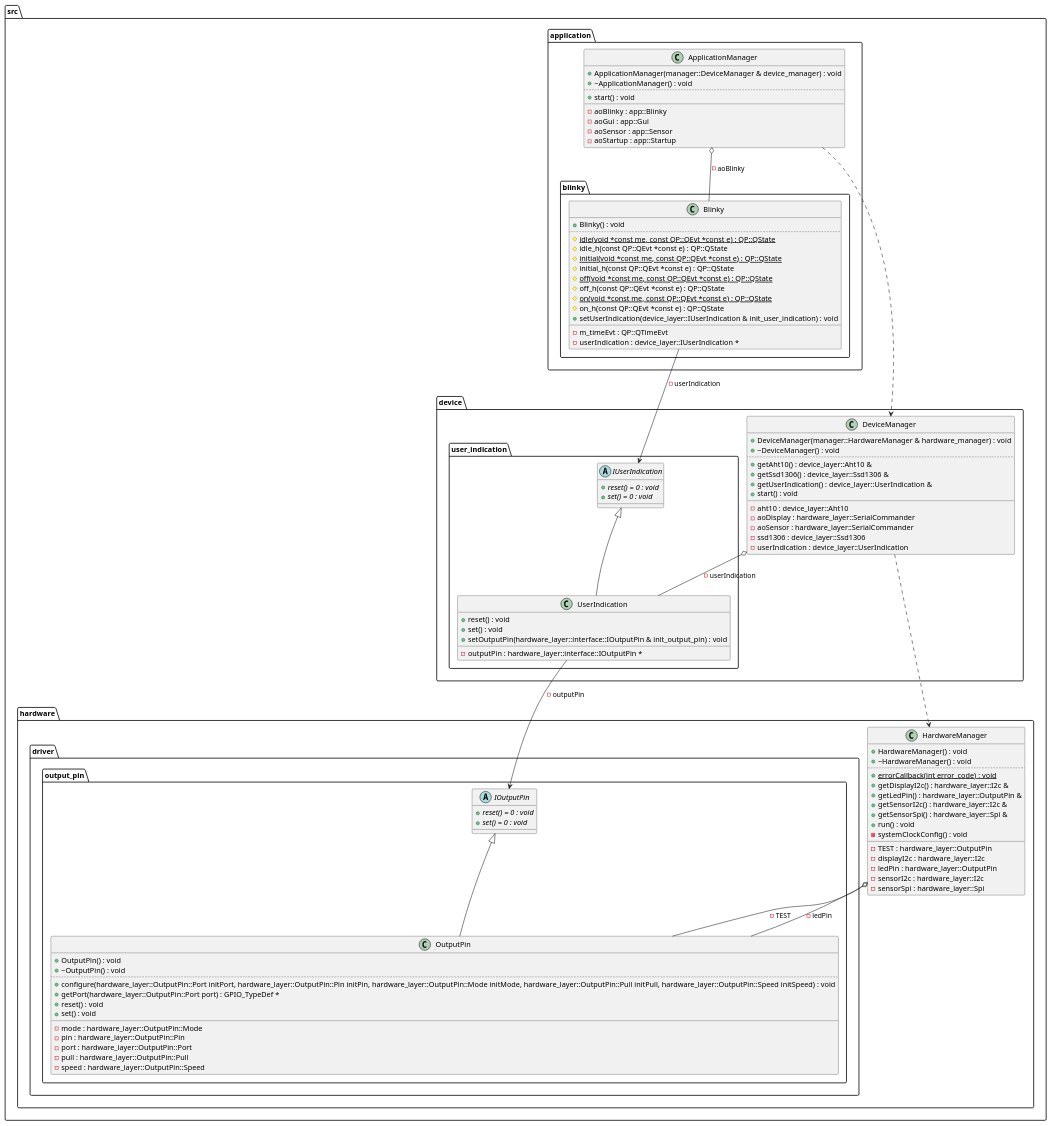
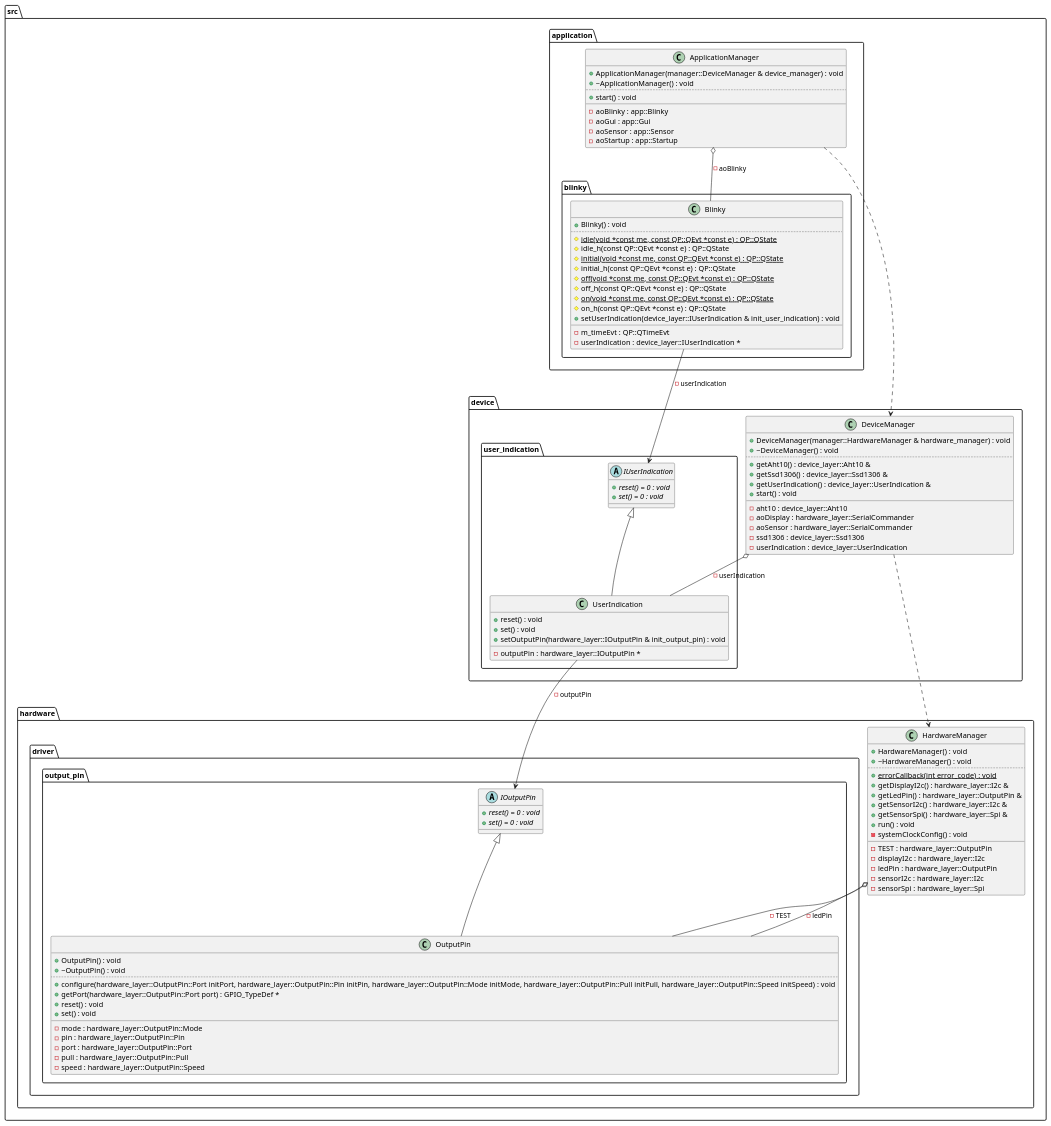
One commit to ch-r-k/sensor_board changed the diagram in diagrams/blinky.puml. Above: the diagram before and after it, drawn with PlantUML. The commit also changed 36 other files, not shown here.

```diff
--- a/diagrams/blinky.puml
+++ b/diagrams/blinky.puml
@@ -1,131 +1,131 @@
 @startuml
 package [src] as C_0011100957978370531577 {
 package [device] as C_0006694467202503346707 {
 package [user_indication] as C_0007150561736413337987 {
 abstract "IUserIndication" as C_0014917396999637096547
 abstract C_0014917396999637096547 {
 {abstract} +reset() = 0 : void
 {abstract} +set() = 0 : void
 __
 }
 class "UserIndication" as C_0011878340680608868563
 class C_0011878340680608868563 {
 +reset() : void
 +set() : void
-+setOutputPin(hardware_layer::interface::IOutputPin & init_output_pin) : void
++setOutputPin(hardware_layer::IOutputPin & init_output_pin) : void
 __
--outputPin : hardware_layer::interface::IOutputPin *
+-outputPin : hardware_layer::IOutputPin *
 }
 }
 class "DeviceManager" as C_0013863018875624683104
 class C_0013863018875624683104 {
 +DeviceManager(manager::HardwareManager & hardware_manager) : void
 +~DeviceManager() : void
 ..
 +getAht10() : device_layer::Aht10 &
 +getSsd1306() : device_layer::Ssd1306 &
 +getUserIndication() : device_layer::UserIndication &
 +start() : void
 __
 -aht10 : device_layer::Aht10
 -aoDisplay : hardware_layer::SerialCommander
 -aoSensor : hardware_layer::SerialCommander
 -ssd1306 : device_layer::Ssd1306
 -userIndication : device_layer::UserIndication
 }
 }
 package [application] as C_0007250404570915629403 {
 package [blinky] as C_0003089195684290093452 {
 class "Blinky" as C_0007883474967757026754
 class C_0007883474967757026754 {
 +Blinky() : void
 ..
 {static} #idle(void *const me, const QP::QEvt *const e) : QP::QState
 #idle_h(const QP::QEvt *const e) : QP::QState
 {static} #initial(void *const me, const QP::QEvt *const e) : QP::QState
 #initial_h(const QP::QEvt *const e) : QP::QState
 {static} #off(void *const me, const QP::QEvt *const e) : QP::QState
 #off_h(const QP::QEvt *const e) : QP::QState
 {static} #on(void *const me, const QP::QEvt *const e) : QP::QState
 #on_h(const QP::QEvt *const e) : QP::QState
 +setUserIndication(device_layer::IUserIndication & init_user_indication) : void
 __
 -m_timeEvt : QP::QTimeEvt
 -userIndication : device_layer::IUserIndication *
 }
 }
 class "ApplicationManager" as C_0013307138085226643557
 class C_0013307138085226643557 {
 +ApplicationManager(manager::DeviceManager & device_manager) : void
 +~ApplicationManager() : void
 ..
 +start() : void
 __
 -aoBlinky : app::Blinky
 -aoGui : app::Gui
 -aoSensor : app::Sensor
 -aoStartup : app::Startup
 }
 }
 package [hardware] as C_0018294288599492866740 {
 package [driver] as C_0010413016684820122153 {
 package [output_pin] as C_0007513421075199775033 {
 abstract "IOutputPin" as C_0015574588586859921782
 abstract C_0015574588586859921782 {
 {abstract} +reset() = 0 : void
 {abstract} +set() = 0 : void
 __
 }
 class "OutputPin" as C_0018190368568554910621
 class C_0018190368568554910621 {
 +OutputPin() : void
 +~OutputPin() : void
 ..
 +configure(hardware_layer::OutputPin::Port initPort, hardware_layer::OutputPin::Pin initPin, hardware_layer::OutputPin::Mode initMode, hardware_layer::OutputPin::Pull initPull, hardware_layer::OutputPin::Speed initSpeed) : void
 +getPort(hardware_layer::OutputPin::Port port) : GPIO_TypeDef *
 +reset() : void
 +set() : void
 __
 -mode : hardware_layer::OutputPin::Mode
 -pin : hardware_layer::OutputPin::Pin
 -port : hardware_layer::OutputPin::Port
 -pull : hardware_layer::OutputPin::Pull
 -speed : hardware_layer::OutputPin::Speed
 }
 }
 }
 class "HardwareManager" as C_0013820397576961944853
 class C_0013820397576961944853 {
 +HardwareManager() : void
 +~HardwareManager() : void
 ..
 {static} +errorCallback(int error_code) : void
 +getDisplayI2c() : hardware_layer::I2c &
 +getLedPin() : hardware_layer::OutputPin &
 +getSensorI2c() : hardware_layer::I2c &
 +getSensorSpi() : hardware_layer::Spi &
 +run() : void
 -systemClockConfig() : void
 __
 -TEST : hardware_layer::OutputPin
 -displayI2c : hardware_layer::I2c
 -ledPin : hardware_layer::OutputPin
 -sensorI2c : hardware_layer::I2c
 -sensorSpi : hardware_layer::Spi
 }
 }
 }
 C_0011878340680608868563 --> C_0015574588586859921782 : -outputPin
 C_0014917396999637096547 <|-- C_0011878340680608868563
 C_0013863018875624683104 ..> C_0013820397576961944853
 C_0013863018875624683104 o-- C_0011878340680608868563 : -userIndication
 C_0007883474967757026754 --> C_0014917396999637096547 : -userIndication
 C_0013307138085226643557 ..> C_0013863018875624683104
 C_0013307138085226643557 o-- C_0007883474967757026754 : -aoBlinky
 C_0015574588586859921782 <|-- C_0018190368568554910621
 C_0013820397576961944853 o-- C_0018190368568554910621 : -ledPin
 C_0013820397576961944853 o-- C_0018190368568554910621 : -TEST
 
 'Generated with clang-uml, version 0.6.0
 'LLVM version Ubuntu clang version 15.0.7
 @enduml
```
